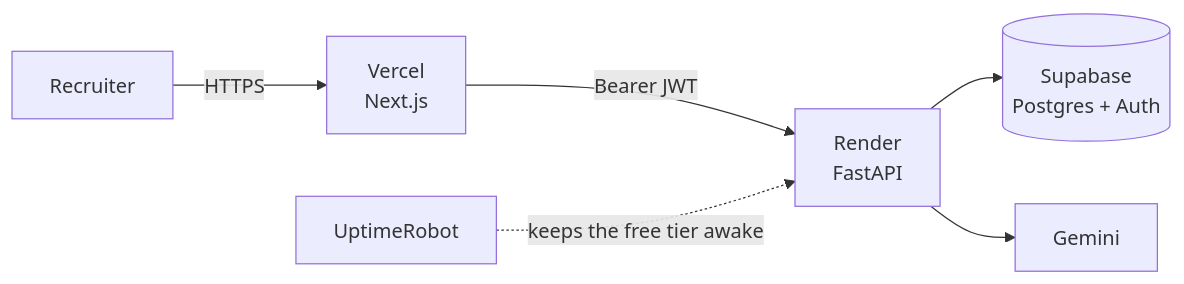
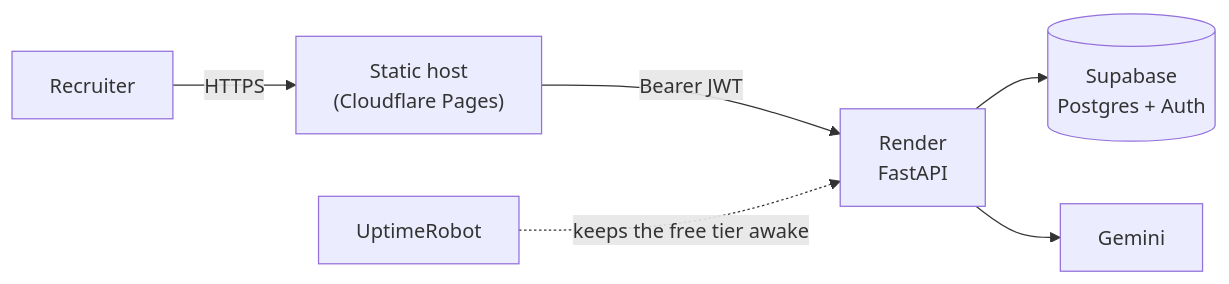
One commit to Shweta-Mishra-ai/hirelens changed the diagram in docs/DEPLOYMENT.md. Above: the diagram before and after it, drawn with Mermaid. The commit also changed other lines of this file and 29 other files, not shown here.

````diff
--- a/docs/DEPLOYMENT.md
+++ b/docs/DEPLOYMENT.md
@@ -6,8 +9,8 @@
 ```mermaid
 flowchart LR
-    U["Recruiter"] -->|HTTPS| V["Vercel<br/>Next.js"]
+    U["Recruiter"] -->|HTTPS| V["Static host<br/>(Cloudflare Pages)"]
     V -->|"Bearer JWT"| R["Render<br/>FastAPI"]
     R --> S[("Supabase<br/>Postgres + Auth")]
     R --> G["Gemini"]
     M["UptimeRobot"] -.->|"keeps the free tier awake"| R
 ```
````
